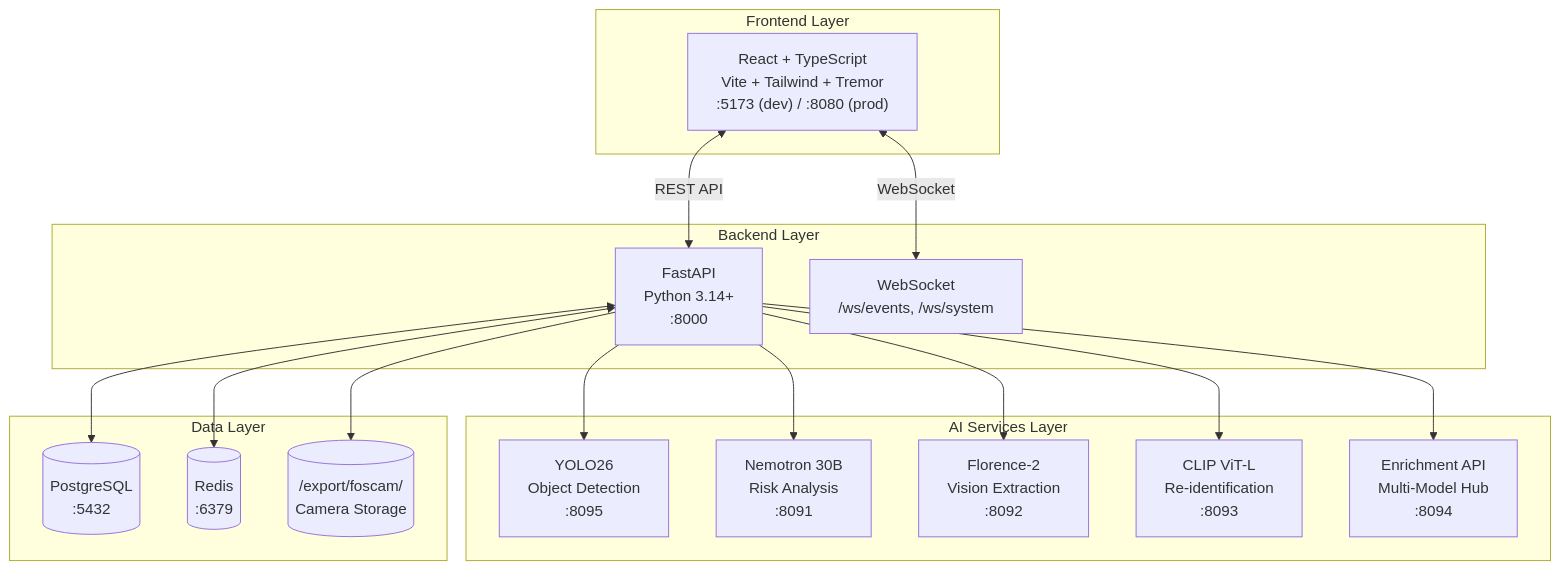
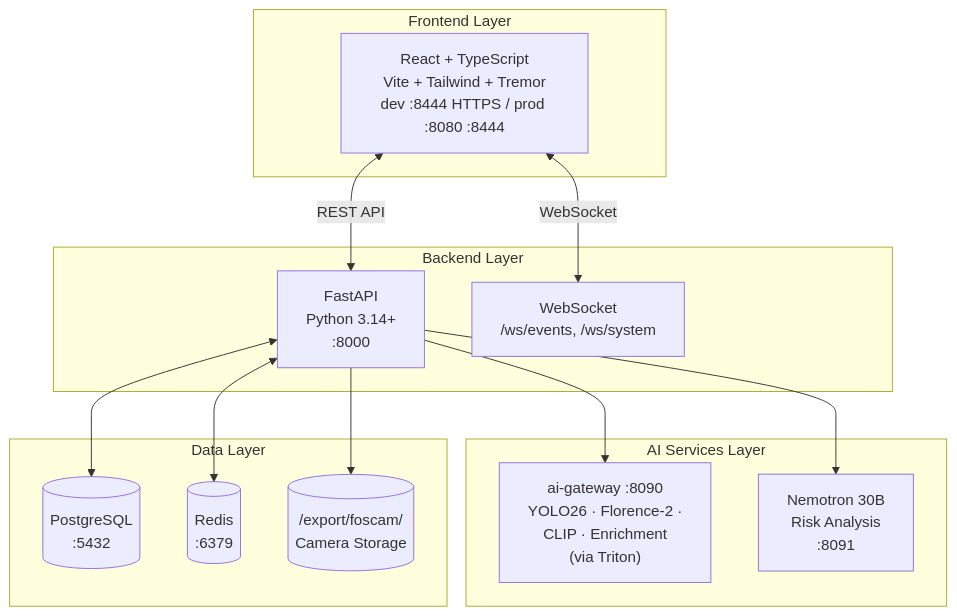
The first of 2 diagrams in docs/architecture/system-overview/README.md (mikesvoboda/nemotron-v3-home-security-intelligence), drawn with Mermaid before and after one commit. The commit also changed other lines of this file and 313 other files, not shown here.

````diff
--- a/docs/architecture/system-overview/README.md
+++ b/docs/architecture/system-overview/README.md
@@ -13,36 +13,30 @@
 ```mermaid
 flowchart TB
     subgraph Frontend["Frontend Layer"]
-        FE["React + TypeScript<br/>Vite + Tailwind + Tremor<br/>:5173 (dev) / :8080 (prod)"]
+        FE["React + TypeScript<br/>Vite + Tailwind + Tremor<br/>dev :8444 HTTPS / prod :8080 :8444"]
     end
 
     subgraph Backend["Backend Layer"]
         BE["FastAPI<br/>Python 3.14+<br/>:8000"]
         WS["WebSocket<br/>/ws/events, /ws/system"]
     end
 
     subgraph AI["AI Services Layer"]
-        DET["YOLO26<br/>Object Detection<br/>:8095"]
+        GW["ai-gateway :8090<br/>YOLO26 · Florence-2 ·<br/>CLIP · Enrichment<br/>(via Triton)"]
         LLM["Nemotron 30B<br/>Risk Analysis<br/>:8091"]
-        FLO["Florence-2<br/>Vision Extraction<br/>:8092"]
-        CLIP["CLIP ViT-L<br/>Re-identification<br/>:8093"]
-        ENR["Enrichment API<br/>Multi-Model Hub<br/>:8094"]
     end
 
     subgraph Data["Data Layer"]
         PG[(PostgreSQL<br/>:5432)]
         RD[(Redis<br/>:6379)]
         FS[("/export/foscam/<br/>Camera Storage")]
     end
 
     FE <-->|REST API| BE
     FE <-->|WebSocket| WS
-    BE --> DET
+    BE --> GW
     BE --> LLM
-    BE --> FLO
-    BE --> CLIP
-    BE --> ENR
     BE <--> PG
     BE <--> RD
     BE --> FS
 ```
````
